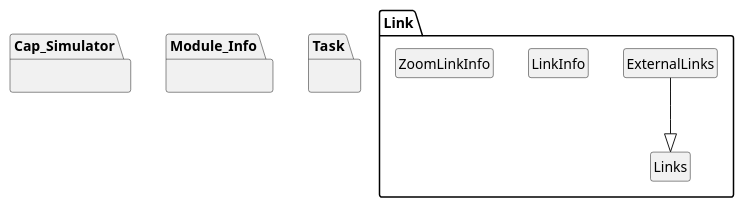
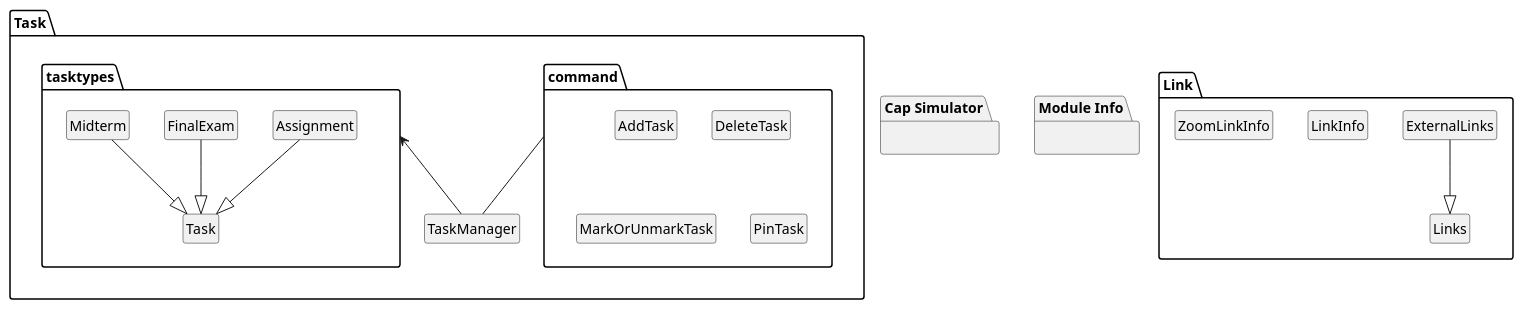
Before and after one commit to nus-cs2113-AY2021S2/tp: the diagram in docs/diagrams/featuresArchitecture.puml, drawn with PlantUML. The commit also changed 37 other files, not shown here.

```diff
--- a/docs/diagrams/featuresArchitecture.puml
+++ b/docs/diagrams/featuresArchitecture.puml
@@ -1,26 +1,44 @@
 @startuml
 hide members
 hide circle
 
-package Cap_Simulator {
+package "Cap Simulator" {
 
 }
 
-package Module_Info {
+package "Module Info" {
 
 }
 
 package Task {
+    package command {
+        Class AddTask
+        Class DeleteTask
+        Class MarkOrUnmarkTask
+        Class PinTask
+    }
+    Class TaskManager
+    command -- TaskManager
+    tasktypes <-- TaskManager
+    package tasktypes {
+            Class Assignment
+            Class FinalExam
+            Class Midterm
+            Class Task
 
+            Assignment --|> Task
+            Midterm --|> Task
+            FinalExam --|> Task
+        }
 }
 
 package Link {
   Class ExternalLinks
   Class LinkInfo
   Class Links
   Class ZoomLinkInfo
 
 ExternalLinks --|> Links
 }
 
 @enduml
```
